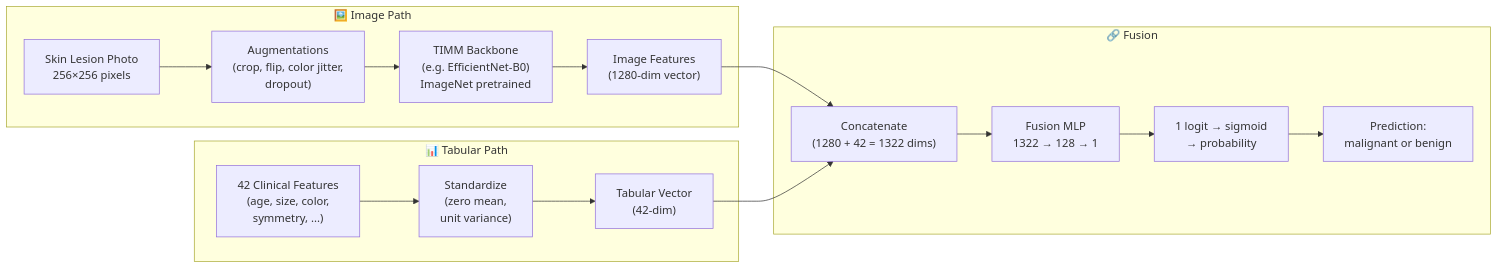
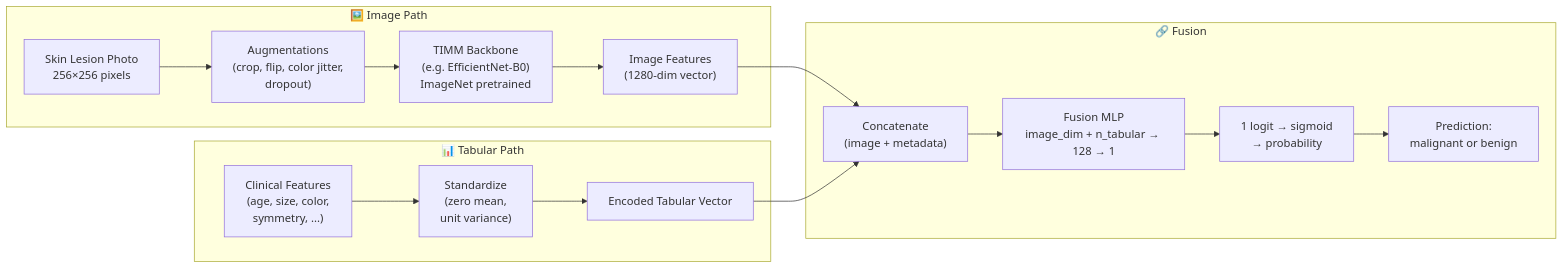
Before and after one commit to RudraShivm/Skin-Cancer-Detection: the second of 7 diagrams in docs/architecture.md, drawn with Mermaid. The commit also changed other lines of this file and 4 other files, not shown here.

````diff
--- a/docs/architecture.md
+++ b/docs/architecture.md
@@ -81,28 +97,28 @@
 ```mermaid
 flowchart LR
     subgraph Image_Path["🖼️ Image Path"]
         IMG["Skin Lesion Photo<br/>256×256 pixels"]
         AUG["Augmentations<br/>(crop, flip, color jitter,<br/>dropout)"]
         BACKBONE["TIMM Backbone<br/>(e.g. EfficientNet-B0)<br/>ImageNet pretrained"]
         FEAT["Image Features<br/>(1280-dim vector)"]
     end
 
     subgraph Tabular_Path["📊 Tabular Path"]
-        TAB["42 Clinical Features<br/>(age, size, color,<br/>symmetry, ...)"]
+        TAB["Clinical Features<br/>(age, size, color,<br/>symmetry, ...)"]
         NORM["Standardize<br/>(zero mean,<br/>unit variance)"]
-        TABOUT["Tabular Vector<br/>(42-dim)"]
+        TABOUT["Encoded Tabular Vector"]
     end
 
     subgraph Fusion["🔗 Fusion"]
-        CONCAT["Concatenate<br/>(1280 + 42 = 1322 dims)"]
-        MLP["Fusion MLP<br/>1322 → 128 → 1"]
+        CONCAT["Concatenate<br/>(image + metadata)"]
+        MLP["Fusion MLP<br/>image_dim + n_tabular → 128 → 1"]
         LOGIT["1 logit → sigmoid<br/>→ probability"]
         PRED["Prediction:<br/>malignant or benign"]
     end
 
     IMG --> AUG --> BACKBONE --> FEAT
     TAB --> NORM --> TABOUT
     FEAT --> CONCAT
     TABOUT --> CONCAT
     CONCAT --> MLP --> LOGIT --> PRED
 ```
````
